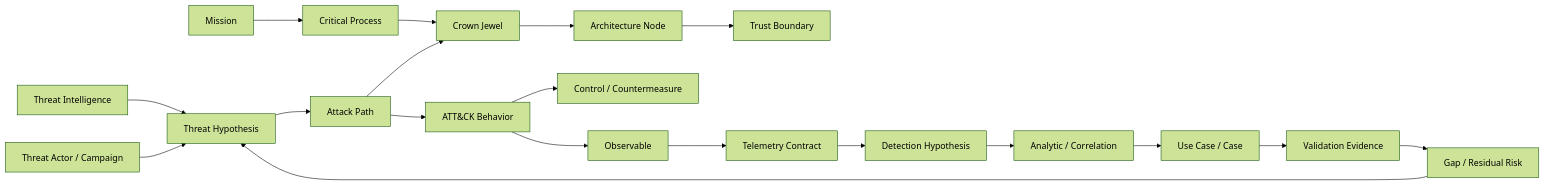
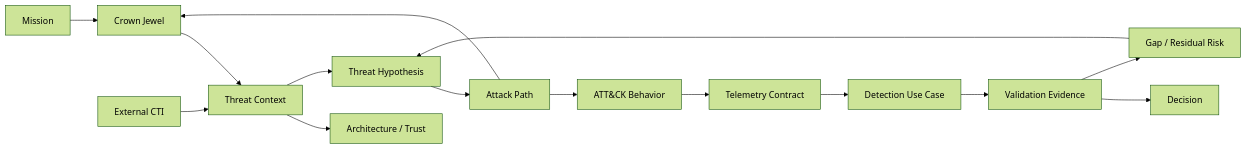
Before and after one commit to Ridd1kulusC0d3r/Cyber-Threat-Context-Modeling: the diagram in docs/context-model.md, drawn with Mermaid (forest theme). The commit also changed other lines of this file and 25 other files, not shown here.

First line of the commit message:
feat: add Threat Context Matrix and RedFrameworks v6 integration

```diff
--- a/docs/context-model.md
+++ b/docs/context-model.md
@@ -7,23 +7,17 @@
 ~~~mermaid
 flowchart LR
-    M[Mission] --> P[Critical Process]
-    P --> CJ[Crown Jewel]
-    CJ --> A[Architecture Node]
-    A --> TB[Trust Boundary]
-
-    TI[Threat Intelligence] --> TH[Threat Hypothesis]
-    TA[Threat Actor / Campaign] --> TH
+    M[Mission] --> CJ[Crown Jewel]
+    CJ --> CTX[Threat Context]
+    CTX --> A[Architecture / Trust]
+    CTI[External CTI] --> CTX
+    CTX --> TH[Threat Hypothesis]
     TH --> AP[Attack Path]
-    AP --> TTP[ATT&CK Behavior]
+    AP --> B[ATT&CK Behavior]
     AP --> CJ
-
-    TTP --> CTRL[Control / Countermeasure]
-    TTP --> OBS[Observable]
-    OBS --> TEL[Telemetry Contract]
-    TEL --> DET[Detection Hypothesis]
-    DET --> AN[Analytic / Correlation]
-    AN --> UC[Use Case / Case]
-    UC --> VAL[Validation Evidence]
+    B --> TEL[Telemetry Contract]
+    TEL --> DET[Detection Use Case]
+    DET --> VAL[Validation Evidence]
+    VAL --> DEC[Decision]
     VAL --> GAP[Gap / Residual Risk]
     GAP --> TH
 ~~~
```
